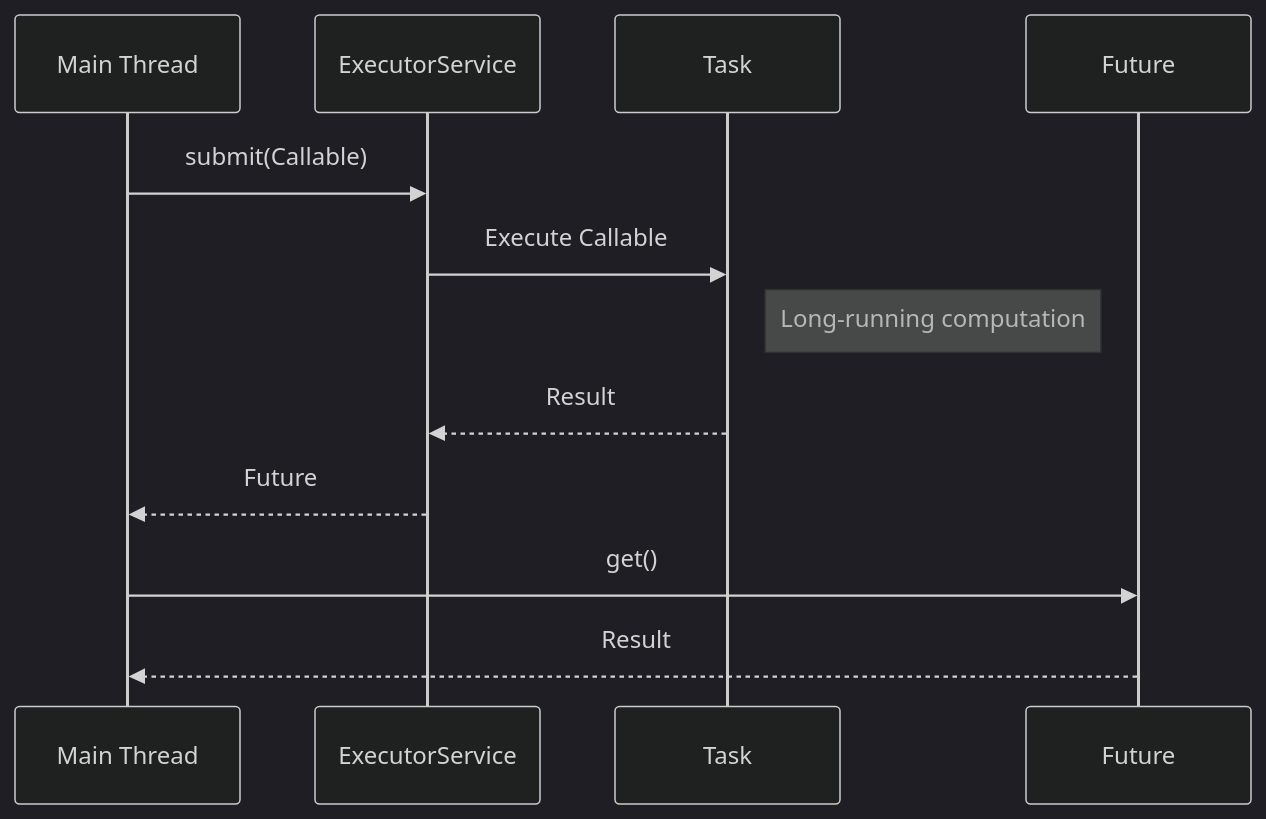
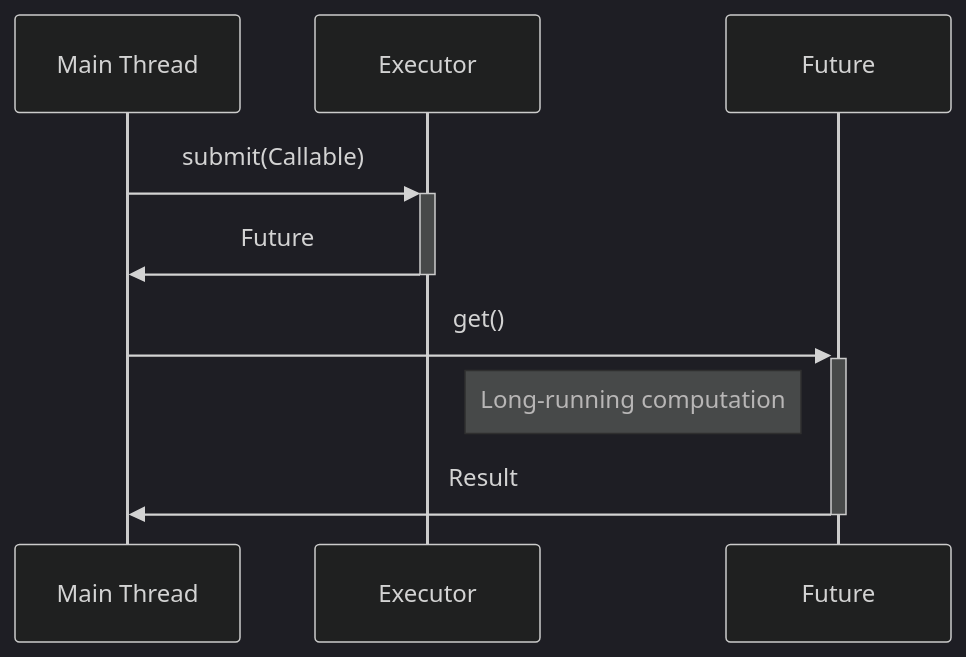
One commit to YifangDONG/talk-async-test changed the fourth of 6 diagrams in README.md. Above: the diagram before and after it, drawn with Mermaid (dark theme). The commit also changed other lines of this file and 10 other files, not shown here.

````diff
--- a/README.md
+++ b/README.md
@@ -80,13 +90,10 @@
 ```mermaid
 sequenceDiagram
     participant Main Thread
-    participant ExecutorService
-    participant Task
-    Main Thread ->> ExecutorService: submit(Callable)
-    ExecutorService ->> Task: Execute Callable
-    Note right of Task: Long-running computation
-    Task -->> ExecutorService: Result
-    ExecutorService -->> Main Thread: Future
-    Main Thread ->> Future: get()
-    Future -->> Main Thread: Result
+    participant Executor
+    Main Thread ->>+ Executor: submit(Callable)
+    Executor ->>- Main Thread: Future
+    Main Thread ->>+ Future: get()
+    Note right of Executor: Long-running computation
+    Future ->>- Main Thread: Result
 ```
````
